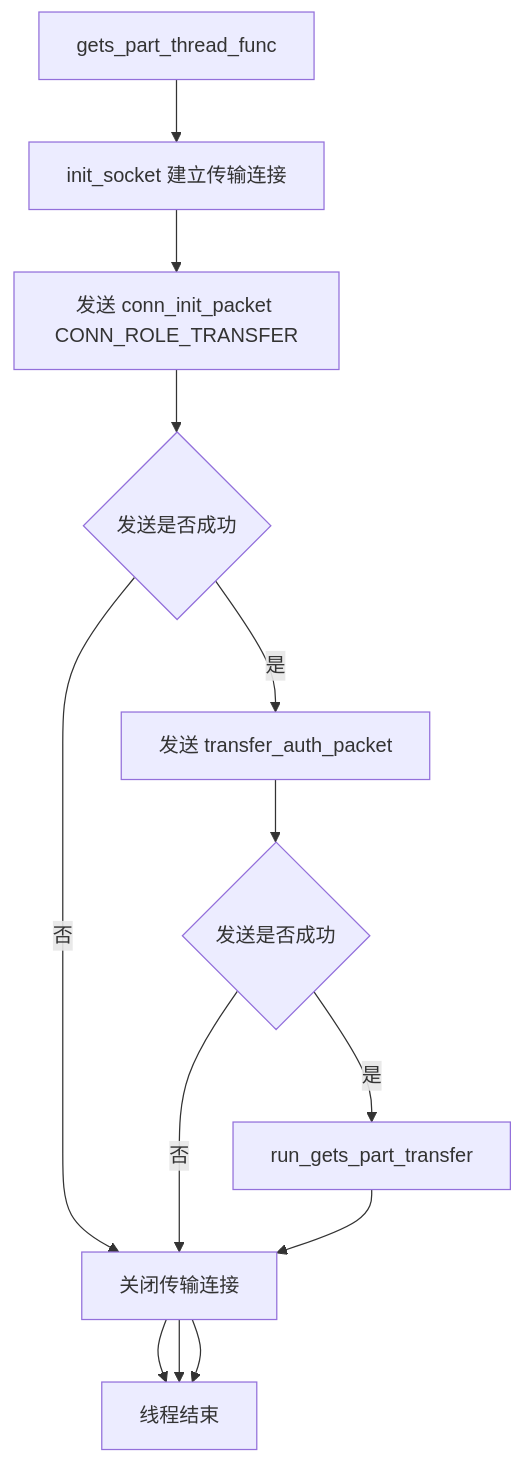
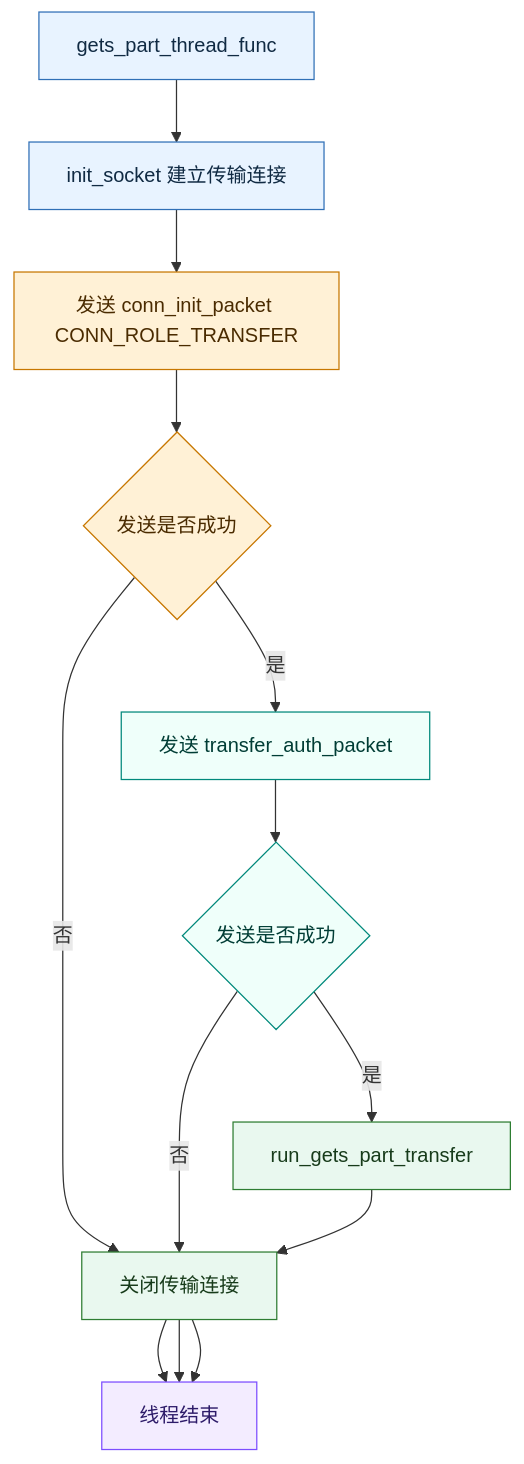
One commit to panlong-studio/WindCloud_V4 changed diagram 16 of 20 in docs/V5全流程活动图详解.md. Above: the diagram before and after it, drawn with Mermaid. The commit also changed other lines of this file and 5 other files, not shown here.

````diff
--- a/docs/V5全流程活动图详解.md
+++ b/docs/V5全流程活动图详解.md
@@ -836,18 +1027,30 @@
 ```mermaid
 flowchart TD
     D0[gets_part_thread_func]
     D1[init_socket 建立传输连接]
     D2[发送 conn_init_packet CONN_ROLE_TRANSFER]
     D3{发送是否成功}
     D4[发送 transfer_auth_packet]
     D5{发送是否成功}
     D6[run_gets_part_transfer]
     D7[关闭传输连接]
     D8[线程结束]
 
     D0 --> D1 --> D2 --> D3
     D3 -- 否 --> D7 --> D8
     D3 -- 是 --> D4 --> D5
     D5 -- 否 --> D7 --> D8
     D5 -- 是 --> D6 --> D7 --> D8
+    classDef phase1 fill:#E8F3FF,stroke:#2F6FB6,color:#102A43
+    classDef phase2 fill:#FFF1D6,stroke:#C77700,color:#4A2B00
+    classDef phase3 fill:#EFFFFA,stroke:#00897B,color:#003D35
+    classDef phase4 fill:#E9F8EF,stroke:#2E7D32,color:#173B1A
+    classDef phase5 fill:#F3ECFF,stroke:#7C4DFF,color:#2D1B69
+    classDef fail fill:#FFECEC,stroke:#C62828,color:#4A0D0D
+
+    class D0,D1 phase1
+    class D2,D3 phase2
+    class D4,D5 phase3
+    class D6,D7 phase4
+    class D8 phase5
 ```
````
